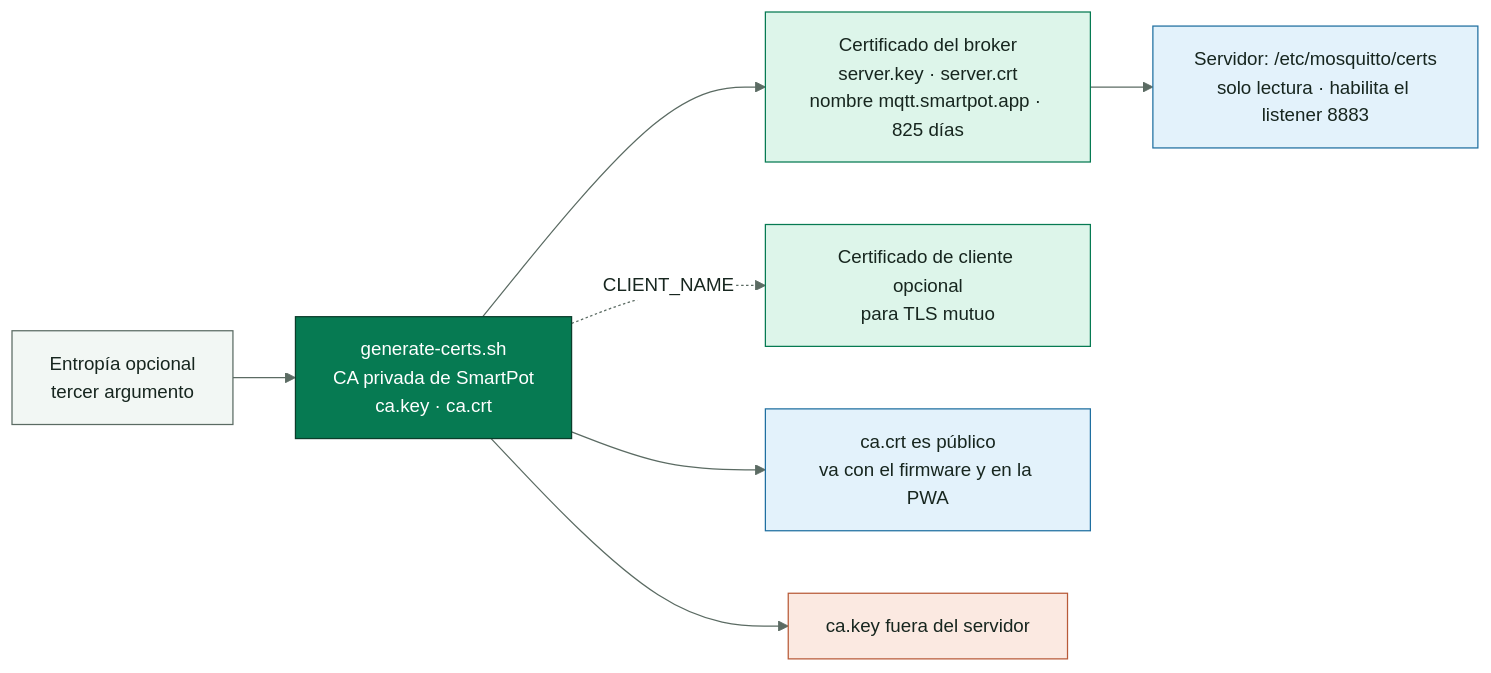
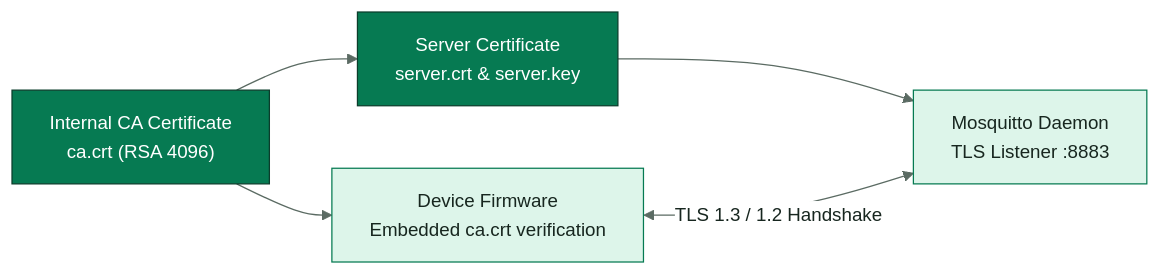
One commit to SmartPotTech/SmartPot-Broker-Mosquito changed the third of 3 diagrams in docs/SmartPot_Broker_Documentation.md. Above: the diagram before and after it, drawn with Mermaid. The commit also changed other lines of this file and 12 other files, not shown here.

Commit message:
docs(specs): standardize legacy english documentation, notices, diagrams, and manuals

````diff
--- a/docs/SmartPot_Broker_Documentation.md
+++ b/docs/SmartPot_Broker_Documentation.md
@@ -132,22 +97,16 @@
 ```mermaid
-%%{init: {"theme": "base", "fontFamily": "Segoe UI, Arial, sans-serif", "themeVariables": {"fontFamily": "Segoe UI, Arial, sans-serif", "fontSize": "15px", "primaryColor": "#DDF5EA", "primaryTextColor": "#17261F", "primaryBorderColor": "#067A52", "secondaryColor": "#E3F2FB", "secondaryTextColor": "#17261F", "secondaryBorderColor": "#1F6FA0", "tertiaryColor": "#F2F7F4", "tertiaryTextColor": "#17261F", "tertiaryBorderColor": "#D5E3DC", "lineColor": "#5B6B63", "textColor": "#17261F", "mainBkg": "#DDF5EA", "nodeBorder": "#067A52", "clusterBkg": "#F7FAF8", "clusterBorder": "#D5E3DC", "edgeLabelBackground": "#FFFFFF", "actorBkg": "#067A52", "actorBorder": "#0B3D2B", "actorTextColor": "#FFFFFF", "actorLineColor": "#5B6B63", "signalColor": "#17261F", "signalTextColor": "#17261F", "labelBoxBkgColor": "#0B3D2B", "labelBoxBorderColor": "#0B3D2B", "labelTextColor": "#FFFFFF", "loopTextColor": "#0B3D2B", "noteBkgColor": "#FDF4DD", "noteBorderColor": "#C98D12", "noteTextColor": "#17261F", "activationBkgColor": "#DDF5EA", "activationBorderColor": "#067A52", "attributeBackgroundColorOdd": "#FFFFFF", "attributeBackgroundColorEven": "#F2F7F4"}}}%%
+%%{init: {"theme": "base", "fontFamily": "Segoe UI, Arial, sans-serif", "themeVariables": {"fontFamily": "Segoe UI, Arial, sans-serif", "fontSize": "15px", "primaryColor": "#DDF5EA", "primaryTextColor": "#17261F", "primaryBorderColor": "#067A52", "secondaryColor": "#E3F2FB", "secondaryTextColor": "#17261F", "secondaryBorderColor": "#1F6FA0", "tertiaryColor": "#F2F7F4", "tertiaryTextColor": "#17261F", "secondaryBorderColor": "#1F6FA0", "tertiaryColor": "#F2F7F4", "tertiaryTextColor": "#17261F", "tertiaryBorderColor": "#D5E3DC", "lineColor": "#5B6B63", "textColor": "#17261F", "mainBkg": "#DDF5EA", "nodeBorder": "#067A52", "clusterBkg": "#F7FAF8", "clusterBorder": "#D5E3DC", "edgeLabelBackground": "#FFFFFF", "actorBkg": "#067A52", "actorBorder": "#0B3D2B", "actorTextColor": "#FFFFFF", "actorLineColor": "#5B6B63", "signalColor": "#17261F", "signalTextColor": "#17261F", "labelBoxBkgColor": "#0B3D2B", "labelBoxBorderColor": "#0B3D2B", "labelTextColor": "#FFFFFF", "loopTextColor": "#0B3D2B", "noteBkgColor": "#FDF4DD", "noteBorderColor": "#C98D12", "noteTextColor": "#17261F", "activationBkgColor": "#DDF5EA", "activationBorderColor": "#067A52", "attributeBackgroundColorOdd": "#FFFFFF", "attributeBackgroundColorEven": "#F2F7F4"}}}%%
 flowchart LR
-  entropy["Entropía opcional<br/>tercer argumento"] --> ca["generate-certs.sh<br/>CA privada de SmartPot<br/>ca.key · ca.crt"]
-  ca --> server["Certificado del broker<br/>server.key · server.crt<br/>nombre mqtt.smartpot.app · 825 días"]
-  ca -.->|"CLIENT_NAME"| client["Certificado de cliente opcional<br/>para TLS mutuo"]
-  server --> mount["Servidor: /etc/mosquitto/certs<br/>solo lectura · habilita el listener 8883"]
-  ca --> public["ca.crt es público<br/>va con el firmware y en la PWA"]
-  ca --> offline["ca.key fuera del servidor"]
+  ca["Internal CA Certificate<br/>ca.crt (RSA 4096)"]
+  server["Server Certificate<br/>server.crt & server.key"]
+  mosq["Mosquitto Daemon<br/>TLS Listener :8883"]
+  device["Device Firmware<br/>Embedded ca.crt verification"]
+  ca --> server
+  server --> mosq
+  ca --> device
+  device <-->|"TLS 1.3 / 1.2 Handshake"| mosq
+  classDef core fill:#067A52,stroke:#0B3D2B,color:#FFFFFF
   classDef leaf fill:#DDF5EA,stroke:#067A52,color:#17261F
-  classDef water fill:#E3F2FB,stroke:#1F6FA0,color:#17261F
-  classDef sun fill:#FDF4DD,stroke:#C98D12,color:#17261F
-  classDef clay fill:#FBE9E1,stroke:#B85A38,color:#17261F
-  classDef core fill:#067A52,stroke:#0B3D2B,color:#FFFFFF
-  classDef deep fill:#0B3D2B,stroke:#06281C,color:#FFFFFF
-  classDef muted fill:#F2F7F4,stroke:#5B6B63,color:#17261F
-  class entropy muted
-  class ca core
-  class server,client leaf
-  class mount,public water
-  class offline clay
+  class ca,server core
+  class mosq,device leaf
 ```
````
